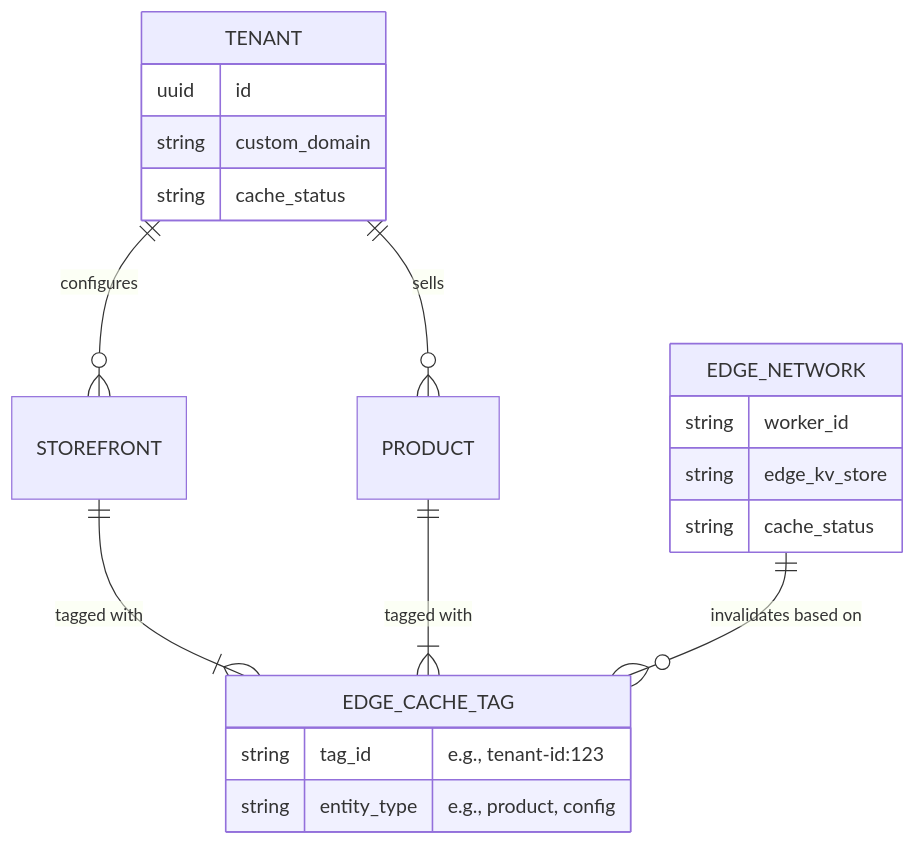
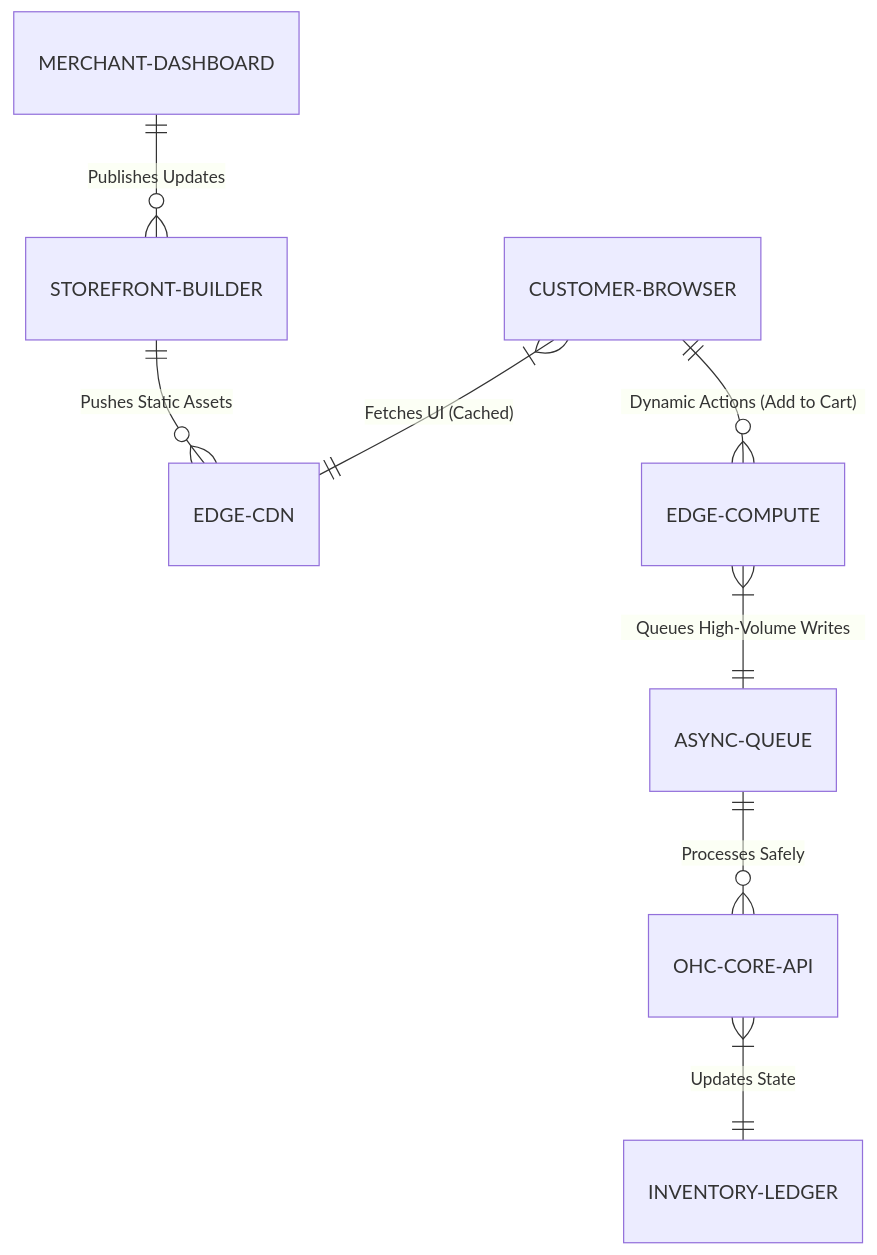
The diagram in docs/research/[architecture]_edge_caching_storefronts.md (omnisolo-llc/onehumancorp), drawn with Mermaid before and after one commit. The commit also changed other lines of this file and 2 other files, not shown here.

First line of the commit message:
docs: Add Edge-Caching Architecture Design Brief and resolve lint warnings

````diff
--- a/docs/research/[architecture]_edge_caching_storefronts.md
+++ b/docs/research/[architecture]_edge_caching_storefronts.md
@@ -18,26 +20,10 @@
 ```mermaid
 erDiagram
-    TENANT ||--o{ STOREFRONT : "configures"
-    TENANT ||--o{ PRODUCT : "sells"
-    STOREFRONT ||--|{ EDGE_CACHE_TAG : "tagged with"
-    PRODUCT ||--|{ EDGE_CACHE_TAG : "tagged with"
-
-    EDGE_NETWORK {
-        string worker_id
-        string edge_kv_store
-        string cache_status
-    }
-
-    EDGE_CACHE_TAG {
-        string tag_id "e.g., tenant-id:123"
-        string entity_type "e.g., product, config"
-    }
-
-    TENANT {
-        uuid id
-        string custom_domain
-        string cache_status
-    }
-
-    EDGE_NETWORK ||--o{ EDGE_CACHE_TAG : "invalidates based on"
+    MERCHANT-DASHBOARD ||--o{ STOREFRONT-BUILDER : "Publishes Updates"
+    STOREFRONT-BUILDER ||--o{ EDGE-CDN : "Pushes Static Assets"
+    CUSTOMER-BROWSER }|--|| EDGE-CDN : "Fetches UI (Cached)"
+    CUSTOMER-BROWSER ||--o{ EDGE-COMPUTE : "Dynamic Actions (Add to Cart)"
+    EDGE-COMPUTE }|--|| ASYNC-QUEUE : "Queues High-Volume Writes"
+    ASYNC-QUEUE ||--o{ OHC-CORE-API : "Processes Safely"
+    OHC-CORE-API }|--|| INVENTORY-LEDGER : "Updates State"
 ```
````
